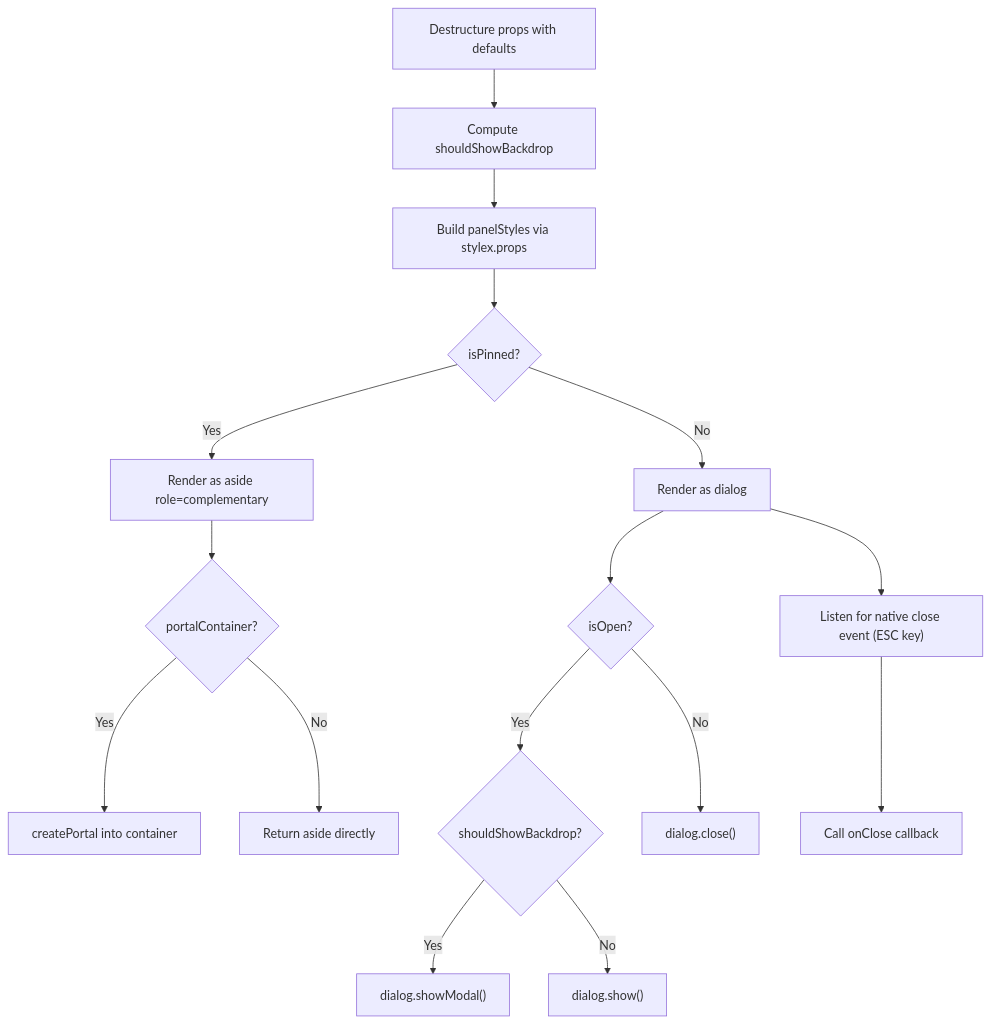
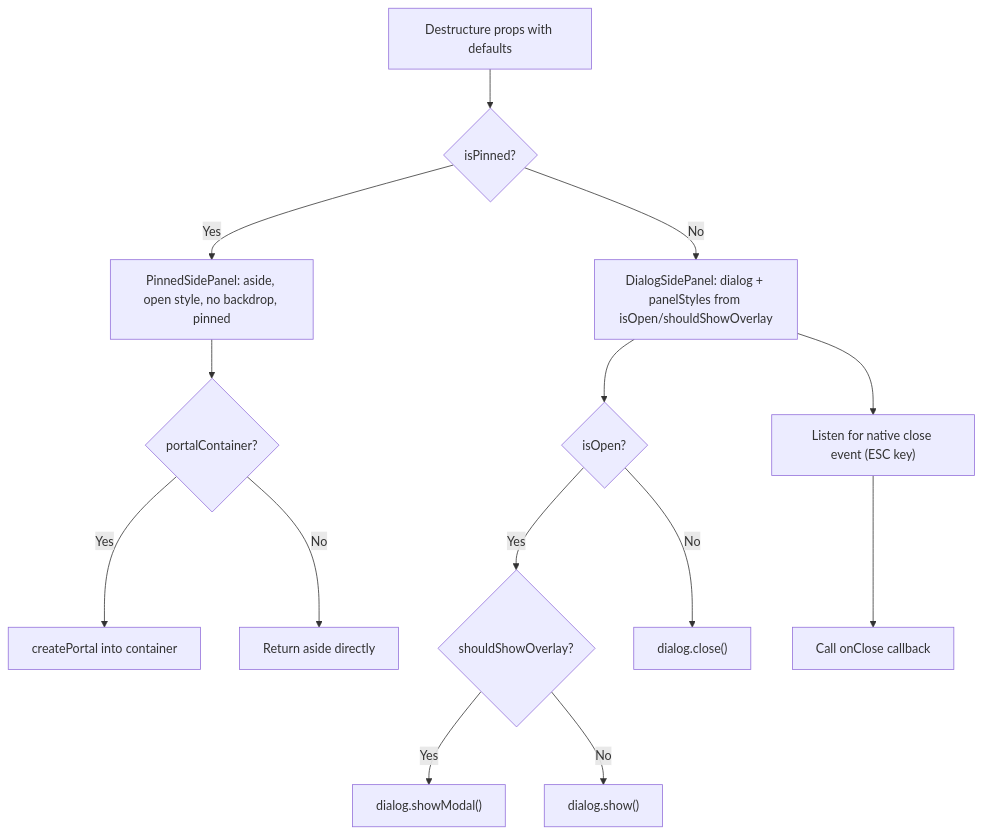
The second of 4 diagrams in packages/ui/src/components/SidePanel/ARCHITECTURE.md (luciocabrera/lcabrera-stack), drawn with Mermaid before and after one commit. The commit also changed other lines of this file and 5 other files, not shown here.

First line of the commit message:
refactor(ui): split SidePanel into Pinned/Dialog variants (phase 4.2)

````diff
--- a/packages/ui/src/components/SidePanel/ARCHITECTURE.md
+++ b/packages/ui/src/components/SidePanel/ARCHITECTURE.md
@@ -110,21 +122,19 @@
 ```mermaid
 graph TD
-  A[Destructure props with defaults] --> B[Compute shouldShowBackdrop]
-  B --> C[Build panelStyles via stylex.props]
-  C --> D{isPinned?}
+  A[Destructure props with defaults] --> D{isPinned?}
 
-  D -- Yes --> E["Render as aside role=complementary"]
+  D -- Yes --> E["PinnedSidePanel: aside, open style, no backdrop, pinned"]
   E --> F{portalContainer?}
   F -- Yes --> G[createPortal into container]
   F -- No --> H[Return aside directly]
 
-  D -- No --> I["Render as dialog"]
+  D -- No --> I["DialogSidePanel: dialog + panelStyles from isOpen/shouldShowOverlay"]
   I --> J{isOpen?}
-  J -- Yes --> K{shouldShowBackdrop?}
+  J -- Yes --> K{shouldShowOverlay?}
   K -- Yes --> L["dialog.showModal()"]
   K -- No --> M["dialog.show()"]
   J -- No --> N["dialog.close()"]
 
   I --> O["Listen for native close event (ESC key)"]
   O --> P["Call onClose callback"]
 ```
````
